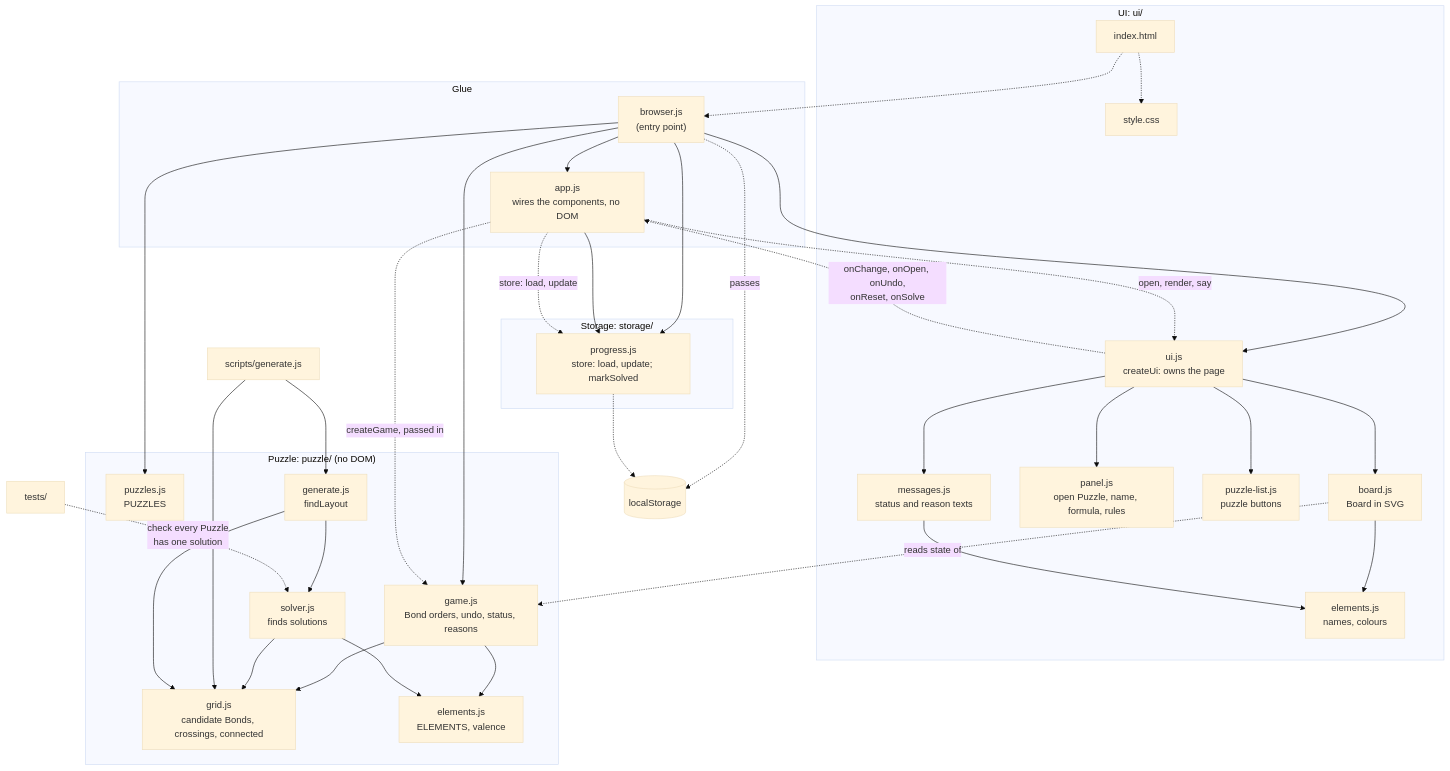
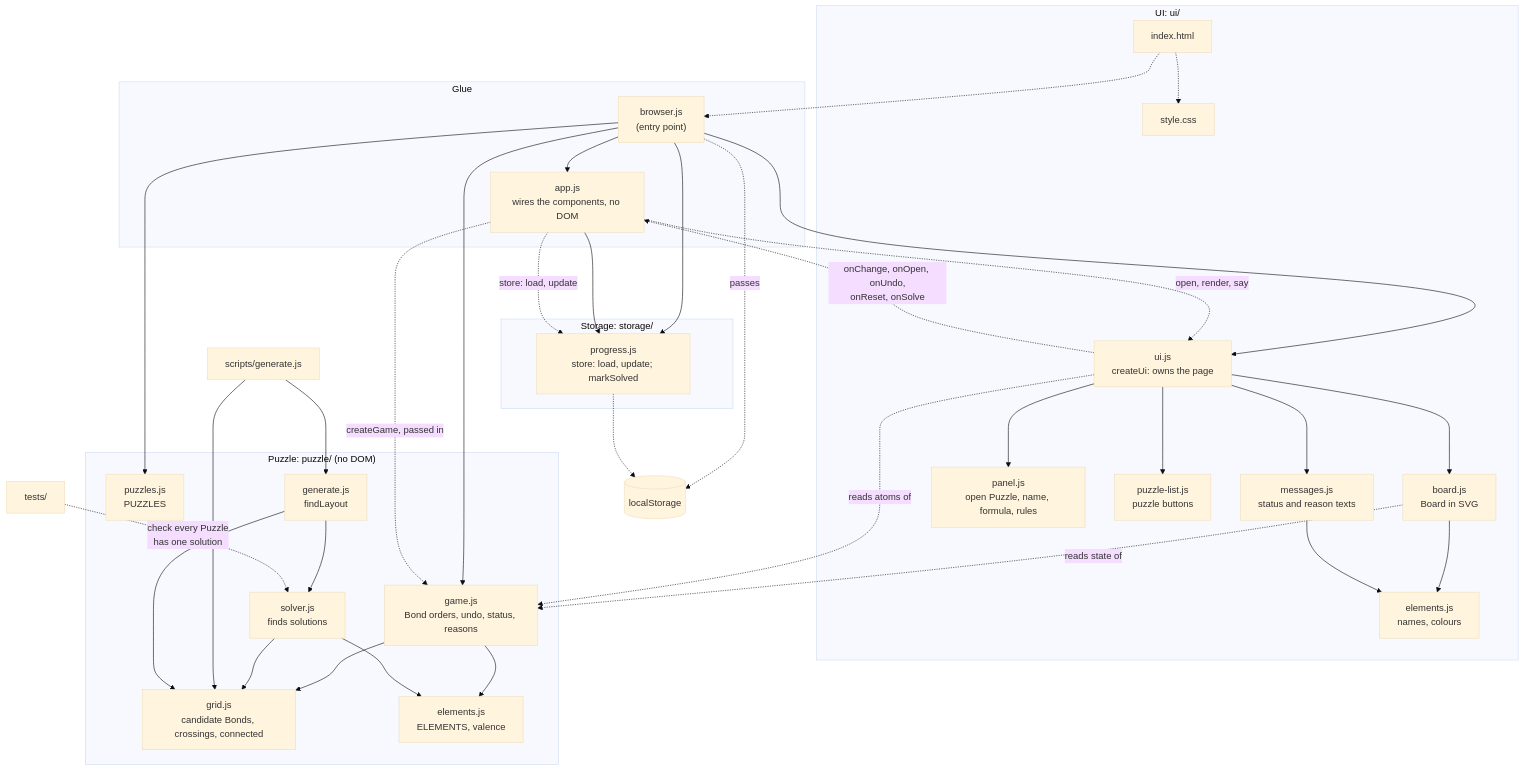
One commit to treetopbottle/molecuzzle changed the diagram in README.md. Above: the diagram before and after it, drawn with Mermaid (base theme). The commit also changed 1 other file, not shown here.

Commit message:
docs: 0007's title, and ui.js reading the game in the diagram (second review of step 8)

````diff
--- a/README.md
+++ b/README.md
@@ -54,71 +54,72 @@
 ```mermaid
 flowchart TD
   subgraph glue["Glue"]
     browser["browser.js<br/>(entry point)"]
     app["app.js<br/>wires the components, no DOM"]
   end
 
   subgraph ui["UI: ui/"]
     html["index.html"]
     css["style.css"]
     uijs["ui.js<br/>createUi: owns the page"]
     board["board.js<br/>Board in SVG"]
     panel["panel.js<br/>open Puzzle, name, formula, rules"]
     list["puzzle-list.js<br/>puzzle buttons"]
     messages["messages.js<br/>status and reason texts"]
     looks["elements.js<br/>names, colours"]
   end
 
   subgraph puzzle["Puzzle: puzzle/ (no DOM)"]
     puzzles["puzzles.js<br/>PUZZLES"]
     game["game.js<br/>Bond orders, undo, status, reasons"]
     grid["grid.js<br/>candidate Bonds, crossings, connected"]
     solver["solver.js<br/>finds solutions"]
     gen["generate.js<br/>findLayout"]
     elements["elements.js<br/>ELEMENTS, valence"]
   end
 
   subgraph storage["Storage: storage/"]
     progress["progress.js<br/>store: load, update; markSolved"]
   end
 
   local[("localStorage")]
   generate["scripts/generate.js"]
   tests["tests/"]
 
   html -.-> css
   html -.-> browser
   browser --> app
   browser --> puzzles
   browser --> game
   browser --> progress
   browser --> uijs
   browser -. "passes" .-> local
 
   app --> progress
   app -. "createGame, passed in" .-> game
   app -. "store: load, update" .-> progress
   app -. "open, render, say" .-> uijs
   uijs -. "onChange, onOpen, onUndo,<br/>onReset, onSolve" .-> app
 
   uijs --> board
   uijs --> panel
   uijs --> list
   uijs --> messages
   board --> looks
   messages --> looks
   board -. "reads state of" .-> game
+  uijs -. "reads atoms of" .-> game
 
   game --> elements
   game --> grid
   solver --> elements
   solver --> grid
 
   progress -.-> local
 
   generate --> gen
   generate --> grid
   gen --> grid
   gen --> solver
   tests -. "check every Puzzle<br/>has one solution" .-> solver
 ```
````
